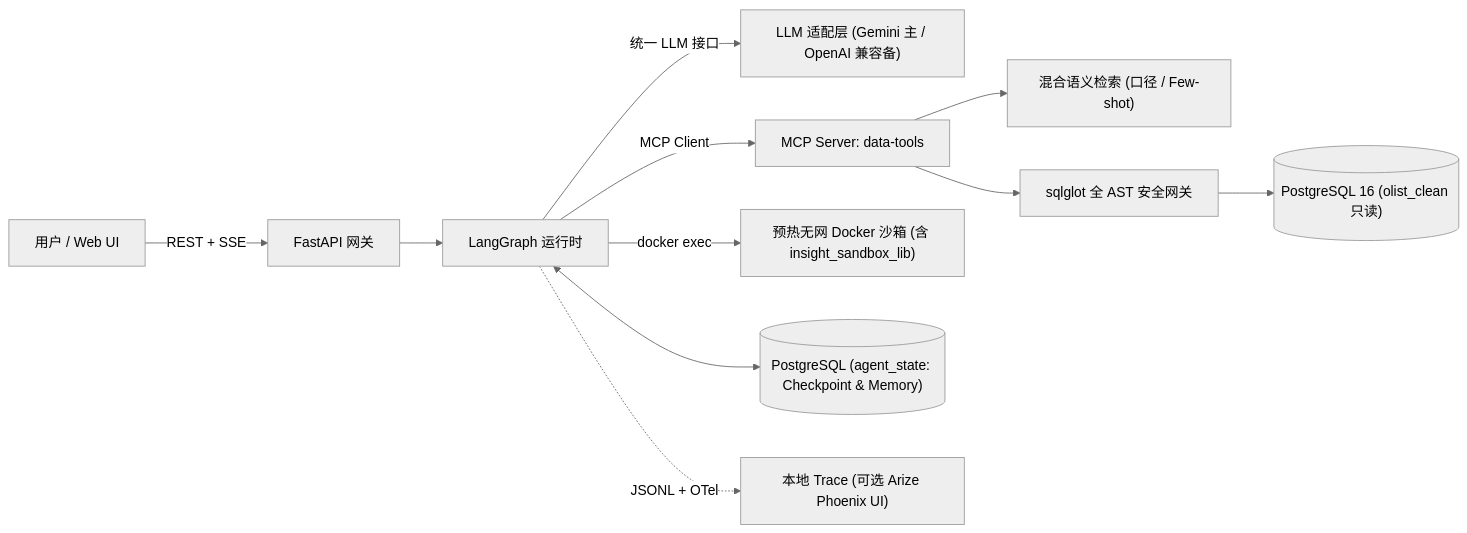
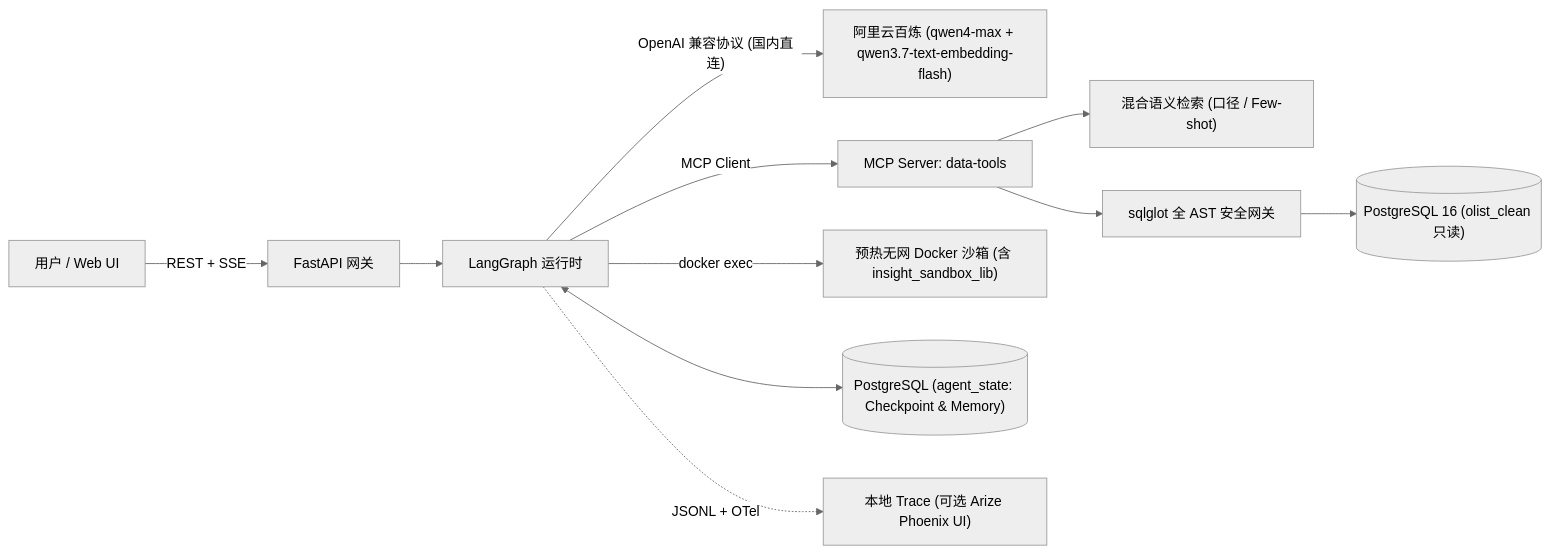
One commit to xust-wx/insight-agent changed the first of 2 diagrams in docs/02_TDD.md. Above: the diagram before and after it, drawn with Mermaid (neutral theme). The commit also changed other lines of this file and 10 other files, not shown here.

Commit message:
docs(s0): switch LLM to qwen4-max and embedding to qwen3.7-text-embedding-flash

````diff
--- a/docs/02_TDD.md
+++ b/docs/02_TDD.md
@@ -7,13 +7,13 @@
 ```mermaid
 flowchart LR
     U["用户 / Web UI"] -->|"REST + SSE"| API["FastAPI 网关"]
     API --> G["LangGraph 运行时"]
-    G -->|"统一 LLM 接口"| LLM["LLM 适配层 (Gemini 主 / OpenAI 兼容备)"]
+    G -->|"OpenAI 兼容协议 (国内直连)"| LLM["阿里云百炼 (qwen4-max + qwen3.7-text-embedding-flash)"]
     G -->|"MCP Client"| M["MCP Server: data-tools"]
     M --> SEM["混合语义检索 (口径 / Few-shot)"]
     M --> AST["sqlglot 全 AST 安全网关"]
     AST --> DB[("PostgreSQL 16 (olist_clean 只读)")]
     G -->|"docker exec"| SB["预热无网 Docker 沙箱 (含 insight_sandbox_lib)"]
     G <--> CK[("PostgreSQL (agent_state: Checkpoint & Memory)")]
     G -.->|"JSONL + OTel"| OBS["本地 Trace (可选 Arize Phoenix UI)"]
 ```
````
